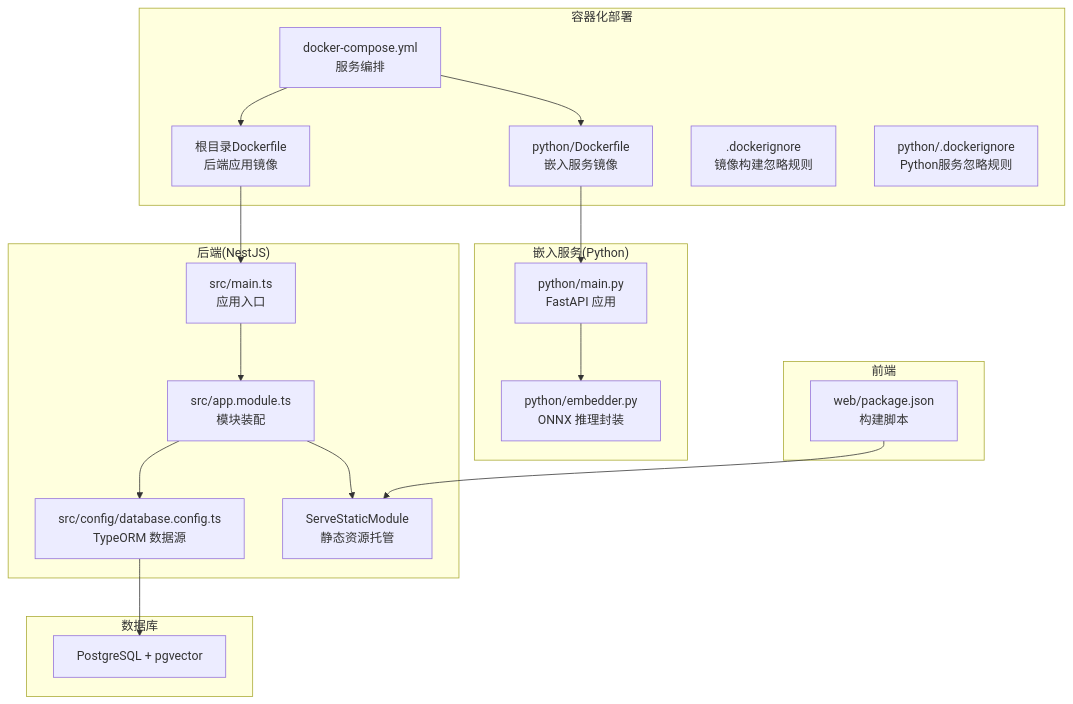
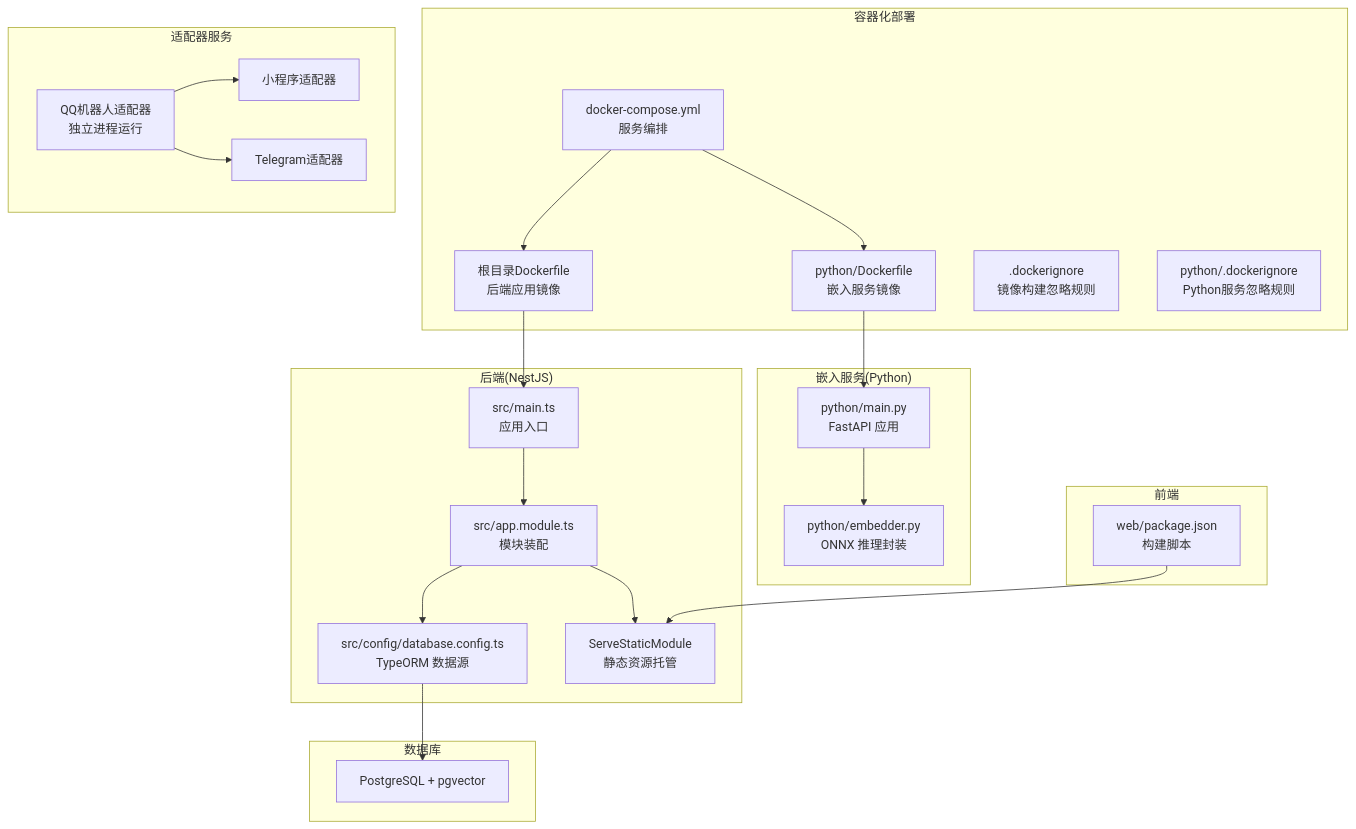
Before and after one commit to L1mingyoung/ex: the first of 7 diagrams in .qoder/repowiki/zh/content/部署与运维/部署与运维.md, drawn with Mermaid. The commit also changed other lines of this file and 17 other files, not shown here.

````diff
--- a/.qoder/repowiki/zh/content/部署与运维/部署与运维.md
+++ b/.qoder/repowiki/zh/content/部署与运维/部署与运维.md
@@ -56,36 +57,43 @@
 ```mermaid
 graph TB
 subgraph "容器化部署"
 Dockerfile["根目录Dockerfile<br/>后端应用镜像"]
 PyDockerfile["python/Dockerfile<br/>嵌入服务镜像"]
 Compose["docker-compose.yml<br/>服务编排"]
 Dockerignore[".dockerignore<br/>镜像构建忽略规则"]
 PyDockerignore["python/.dockerignore<br/>Python服务忽略规则"]
 end
 subgraph "后端(NestJS)"
 BE_Main["src/main.ts<br/>应用入口"]
 BE_AppModule["src/app.module.ts<br/>模块装配"]
 BE_DB["src/config/database.config.ts<br/>TypeORM 数据源"]
 BE_Static["ServeStaticModule<br/>静态资源托管"]
 end
 subgraph "嵌入服务(Python)"
 ES_Main["python/main.py<br/>FastAPI 应用"]
 ES_Embedder["python/embedder.py<br/>ONNX 推理封装"]
 end
 subgraph "前端"
 FE_Pkg["web/package.json<br/>构建脚本"]
 end
 subgraph "数据库"
 PG["PostgreSQL + pgvector"]
 end
+subgraph "适配器服务"
+QQBot["QQ机器人适配器<br/>独立进程运行"]
+MiniProgram["小程序适配器"]
+Telegram["Telegram适配器"]
+end
 Dockerfile --> BE_Main
 PyDockerfile --> ES_Main
 Compose --> Dockerfile
 Compose --> PyDockerfile
 BE_Main --> BE_AppModule
 BE_AppModule --> BE_DB
 BE_AppModule --> BE_Static
 BE_DB --> PG
 ES_Main --> ES_Embedder
 FE_Pkg --> BE_Static
+QQBot --> MiniProgram
+QQBot --> Telegram
 ```
````
